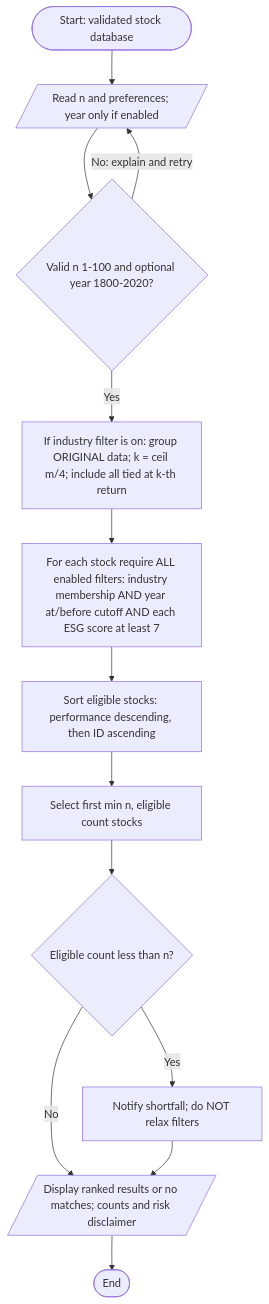
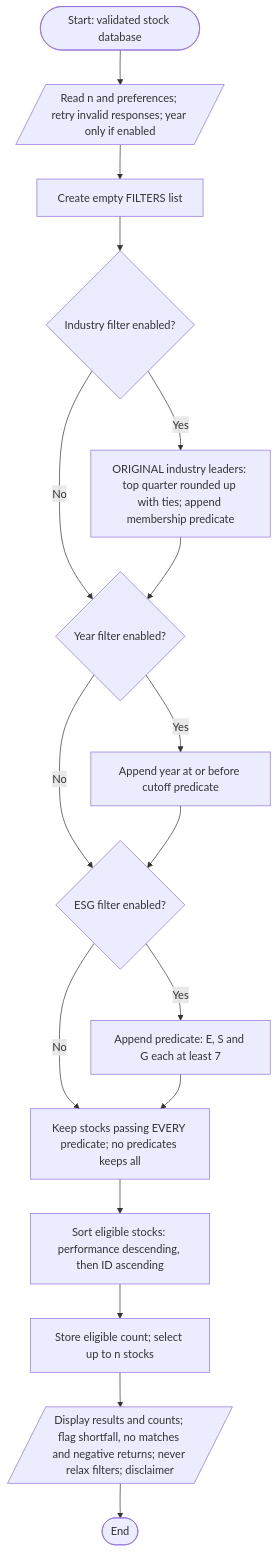
The diagram in report.md (lvindotexe/itrade), drawn with Mermaid before and after one commit. The commit also changed other lines of this file and 3 other files, not shown here.

````diff
--- a/report.md
+++ b/report.md
@@ -132,15 +138,19 @@
 ```mermaid
 flowchart TD
-    A([Start: validated stock database]) --> B[/Read n and preferences; year only if enabled/]
-    B --> C{Valid n 1-100 and optional year 1800-2020?}
-    C -- No: explain and retry --> B
-    C -- Yes --> D[If industry filter is on: group ORIGINAL data; k = ceil m/4; include all tied at k-th return]
-    D --> E[For each stock require ALL enabled filters: industry membership AND year at/before cutoff AND each ESG score at least 7]
-    E --> F[Sort eligible stocks: performance descending, then ID ascending]
-    F --> G[Select first min n, eligible count stocks]
-    G --> H{Eligible count less than n?}
-    H -- Yes --> I[Notify shortfall; do NOT relax filters]
-    H -- No --> J[/Display ranked results or no matches; counts and risk disclaimer/]
+    A([Start: validated stock database]) --> B[/Read n and preferences; retry invalid responses; year only if enabled/]
+    B --> C[Create empty FILTERS list]
+    C --> D{Industry filter enabled?}
+    D -- Yes --> E[ORIGINAL industry leaders: top quarter rounded up with ties; append membership predicate]
+    D -- No --> F{Year filter enabled?}
+    E --> F
+    F -- Yes --> G[Append year at or before cutoff predicate]
+    F -- No --> H{ESG filter enabled?}
+    G --> H
+    H -- Yes --> I[Append predicate: E, S and G each at least 7]
+    H -- No --> J[Keep stocks passing EVERY predicate; no predicates keeps all]
     I --> J
-    J --> K([End])
+    J --> K[Sort eligible stocks: performance descending, then ID ascending]
+    K --> L[Store eligible count; select up to n stocks]
+    L --> M[/Display results and counts; flag shortfall, no matches and negative returns; never relax filters; disclaimer/]
+    M --> N([End])
 ```
````
